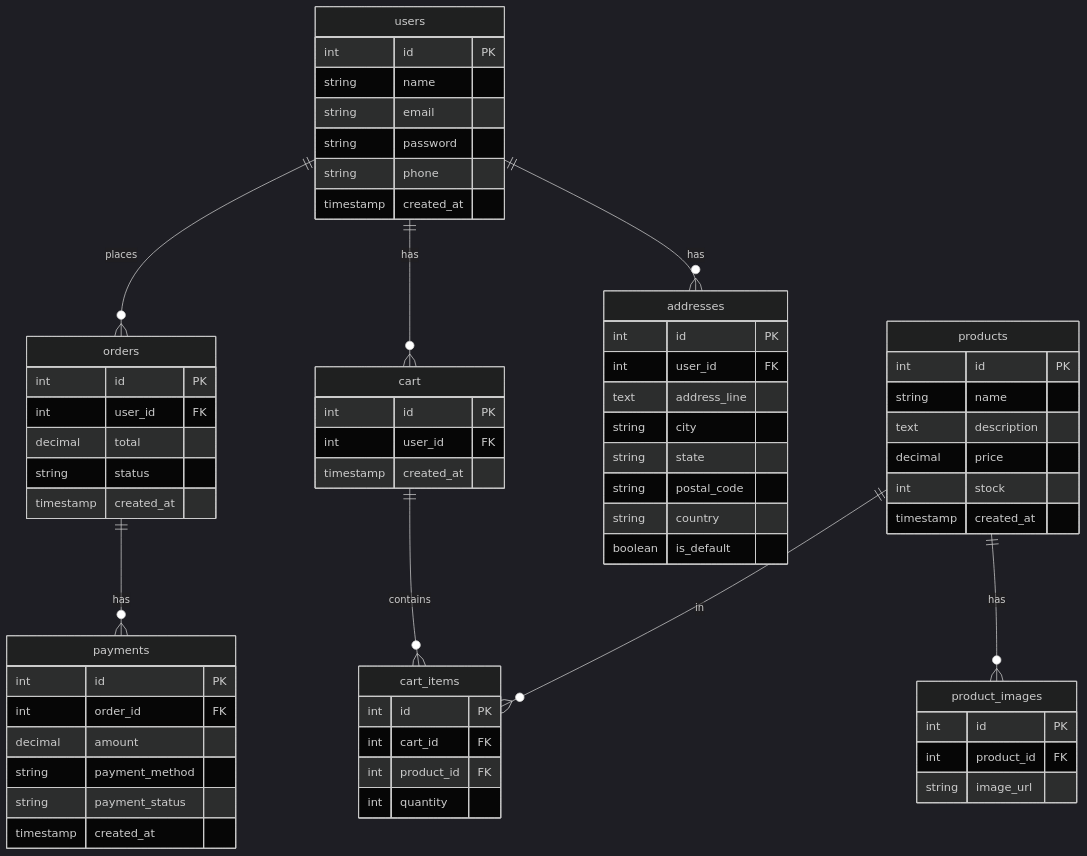
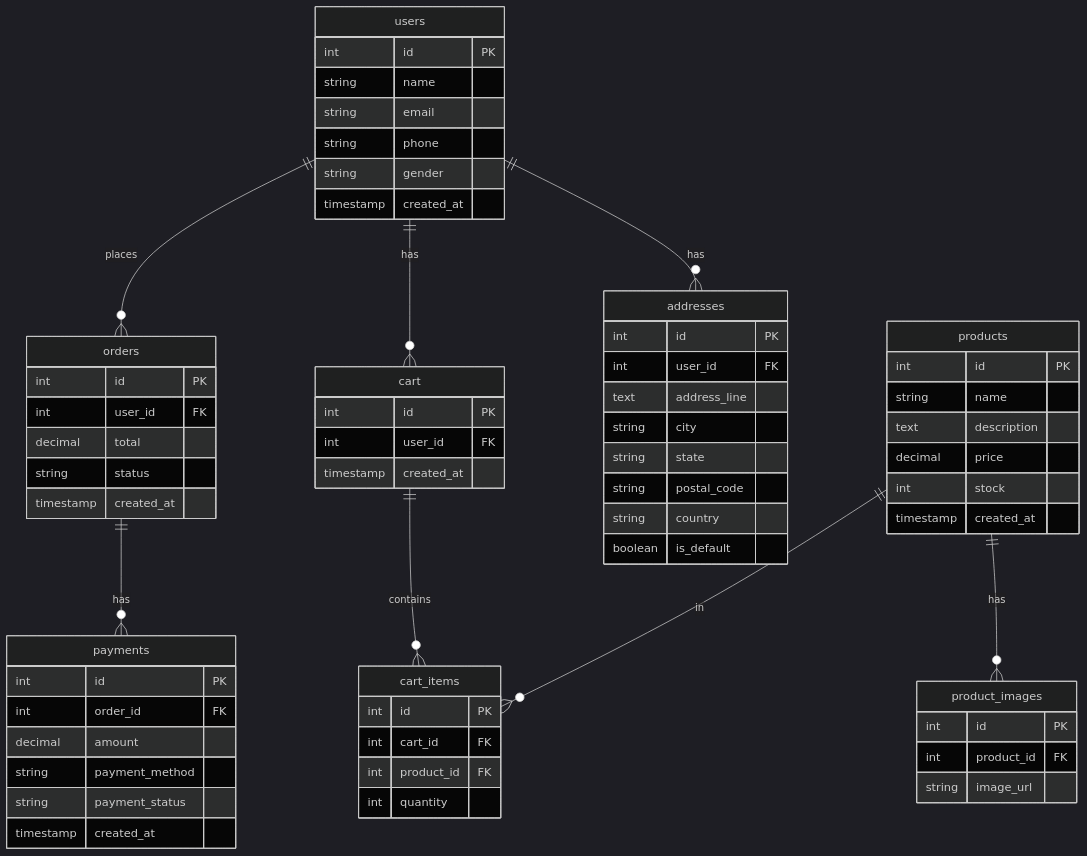
Before and after one commit to GouravBeniwal/e_Store: the diagram in README.md, drawn with Mermaid (dark theme). The commit also changed other lines of this file and 7 other files, not shown here.

````diff
--- a/README.md
+++ b/README.md
@@ -12,75 +11,75 @@
 ```mermaid
 erDiagram
     users ||--o{ addresses : "has"
     users ||--o{ cart : "has"
     users ||--o{ orders : "places"
     products ||--o{ product_images : "has"
     cart ||--o{ cart_items : "contains"
     products ||--o{ cart_items : "in"
     orders ||--o{ payments : "has"
 
     users {
         int id PK
         string name
         string email
-        string password
         string phone
+        string gender
         timestamp created_at
     }
 
     addresses {
         int id PK
         int user_id FK
         text address_line
         string city
         string state
         string postal_code
         string country
         boolean is_default
     }
 
     products {
         int id PK
         string name
         text description
         decimal price
         int stock
         timestamp created_at
     }
 
     product_images {
         int id PK
         int product_id FK
         string image_url
     }
 
     cart {
         int id PK
         int user_id FK
         timestamp created_at
     }
 
     cart_items {
         int id PK
         int cart_id FK
         int product_id FK
         int quantity
     }
 
     orders {
         int id PK
         int user_id FK
         decimal total
         string status
         timestamp created_at
     }
 
     payments {
         int id PK
         int order_id FK
         decimal amount
         string payment_method
         string payment_status
         timestamp created_at
     }
 ```
````
